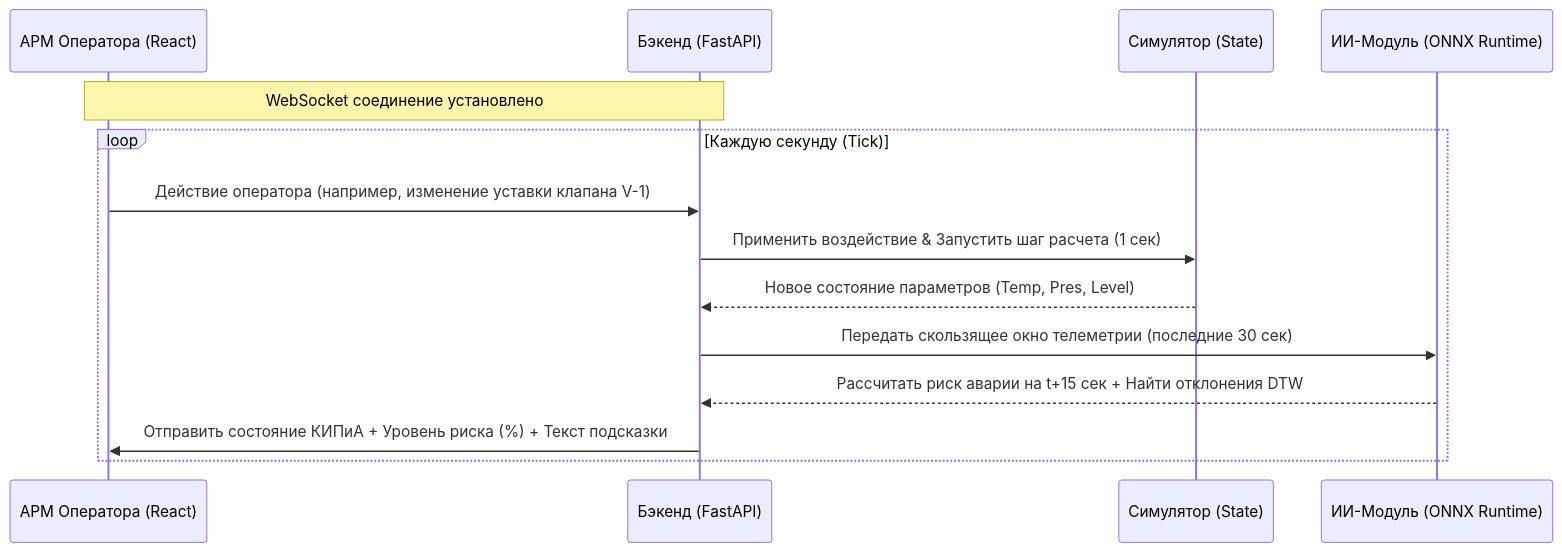
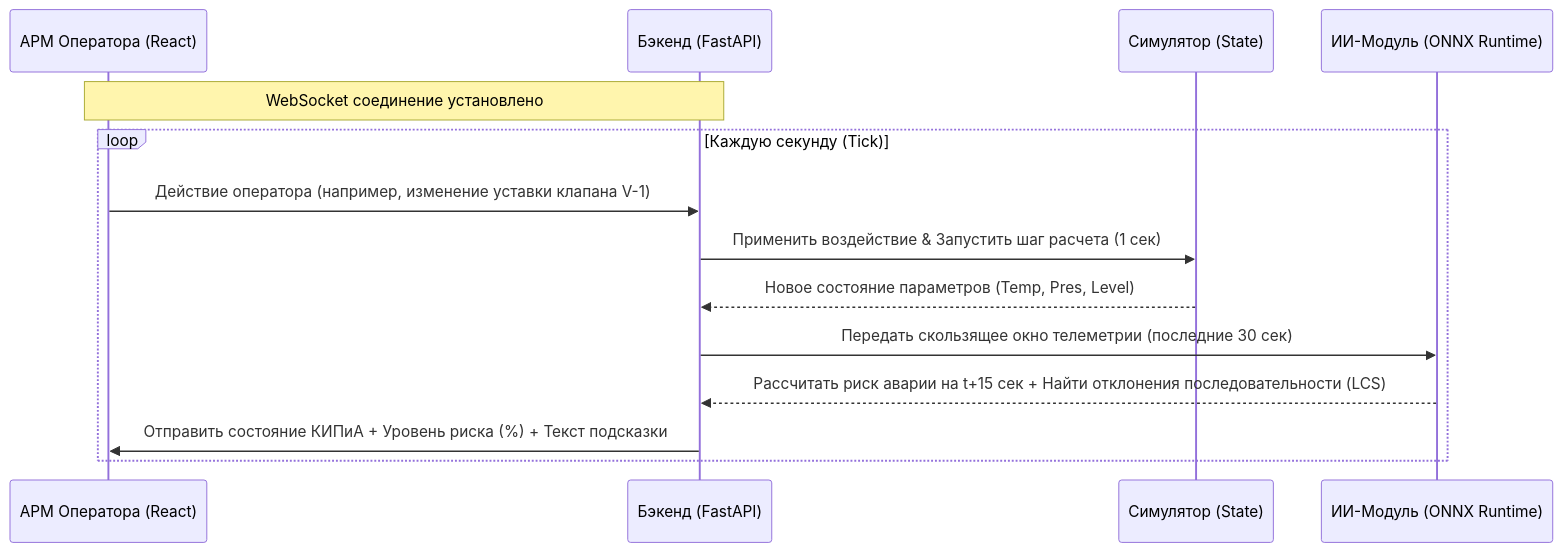
The third of 5 diagrams in docs/solution_architecture.md (Arladnice/elou-avt-smart-tutor), drawn with Mermaid before and after one commit. The commit also changed other lines of this file and 256 other files, not shown here.

````diff
--- a/docs/solution_architecture.md
+++ b/docs/solution_architecture.md
@@ -136,17 +136,17 @@
 ```mermaid
 sequenceDiagram
     participant UI as АРМ Оператора (React)
     participant BE as Бэкенд (FastAPI)
     participant Sim as Симулятор (State)
     participant AI as ИИ-Модуль (ONNX Runtime)
 
     Note over UI, BE: WebSocket соединение установлено
     loop Каждую секунду (Tick)
         UI->>BE: Действие оператора (например, изменение уставки клапана V-1)
         BE->>Sim: Применить воздействие & Запустить шаг расчета (1 сек)
         Sim-->>BE: Новое состояние параметров (Temp, Pres, Level)
         BE->>AI: Передать скользящее окно телеметрии (последние 30 сек)
-        AI-->>BE: Рассчитать риск аварии на t+15 сек + Найти отклонения DTW
+        AI-->>BE: Рассчитать риск аварии на t+15 сек + Найти отклонения последовательности (LCS)
         BE->>UI: Отправить состояние КИПиА + Уровень риска (%) + Текст подсказки
     end
 ```
````
